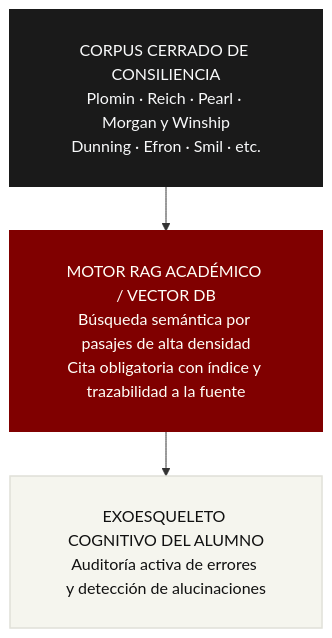
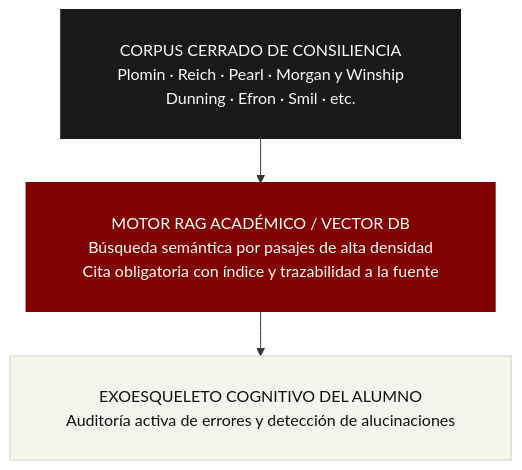
The diagram in politica_ia.qmd (danielgccr/nuevasomosaguas), drawn with Mermaid before and after one commit. The commit also changed 7 other files, not shown here.

First line of the commit message:
Da a las etiquetas de mermaid el ancho que necesitan

````diff
--- a/politica_ia.qmd
+++ b/politica_ia.qmd
@@ -66,20 +66,20 @@
 ```{mermaid}
 %%| label: fig-rag
 %%| fig-cap: "Arquitectura RAG de la facultad: del corpus cerrado a la auditoría del alumno."
 
-%%{init: {"flowchart": {"nodeSpacing": 30, "rankSpacing": 45, "padding": 28, "useMaxWidth": true}}}%%
+%%{init: {"flowchart": {"nodeSpacing": 30, "rankSpacing": 45, "padding": 28, "wrappingWidth": 460, "useMaxWidth": true}}}%%
 flowchart TD
     C["CORPUS CERRADO DE CONSILIENCIA<br/>Plomin · Reich · Pearl · Morgan y Winship<br/>Dunning · Efron · Smil · etc."]
     M["MOTOR RAG ACADÉMICO / VECTOR DB<br/>Búsqueda semántica por pasajes de alta densidad<br/>Cita obligatoria con índice y trazabilidad a la fuente"]
     E["EXOESQUELETO COGNITIVO DEL ALUMNO<br/>Auditoría activa de errores y detección de alucinaciones"]
 
     C --> M --> E
 
     classDef corpus fill:#1a1a1a,stroke:#1a1a1a,stroke-width:2px,color:#f8f9fa
     classDef motor fill:#800000,stroke:#800000,stroke-width:2px,color:#fffff8
     classDef alumno fill:#f5f5ee,stroke:#e0e0d8,stroke-width:1.5px,color:#111111
 
     class C corpus
     class M motor
     class E alumno
 ```
````
